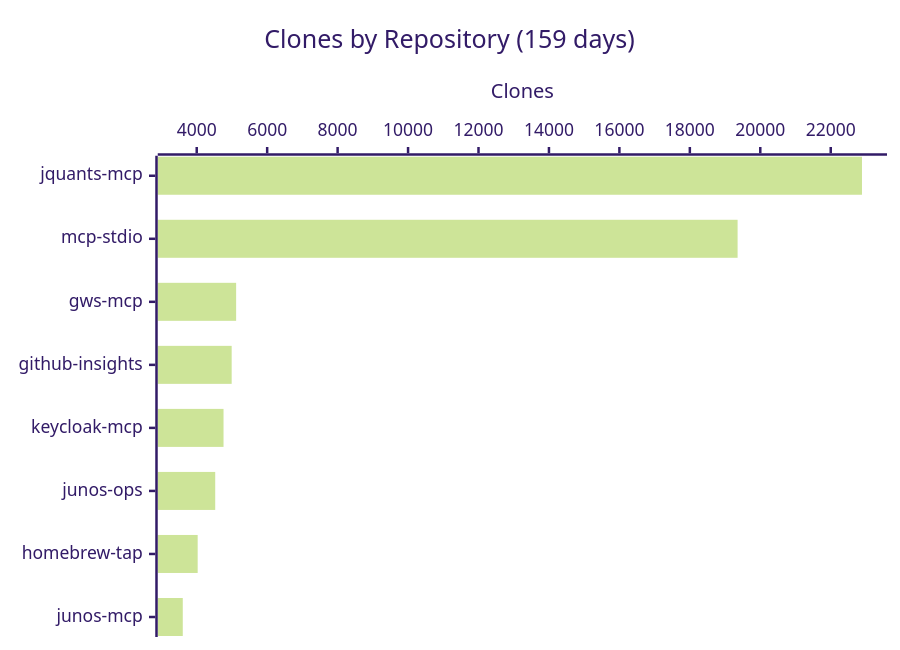
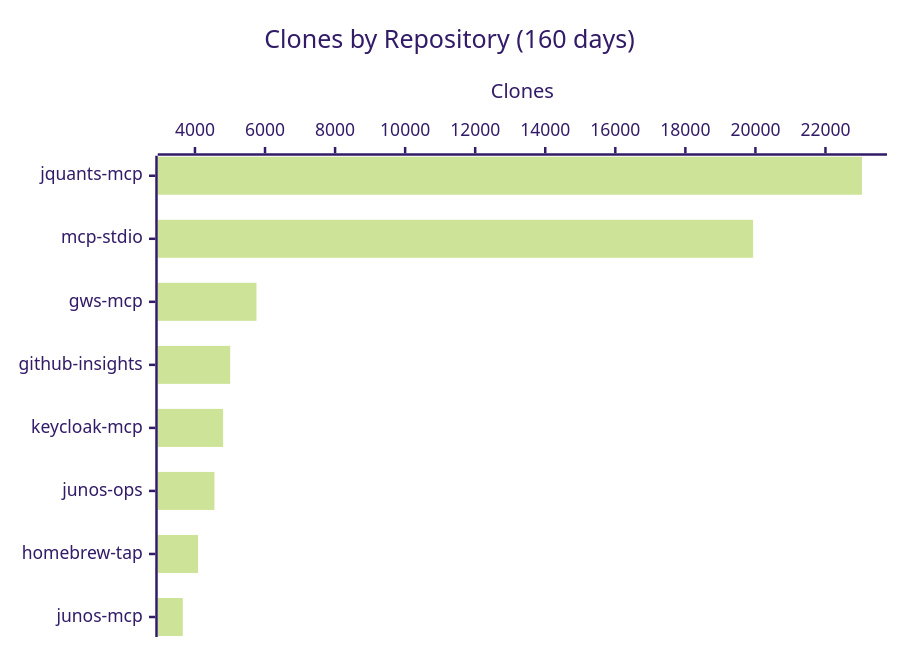
Before and after one commit to shigechika/github-insights: the fourth of 4 diagrams in README.md, drawn with Mermaid (forest theme). The commit also changed other lines of this file and 2 other files, not shown here.

````diff
--- a/README.md
+++ b/README.md
@@ -58,7 +58,7 @@
 ```mermaid
 xychart-beta horizontal
-    title "Clones by Repository (159 days)"
+    title "Clones by Repository (160 days)"
     x-axis ["jquants-mcp", "mcp-stdio", "gws-mcp", "github-insights", "keycloak-mcp", "junos-ops", "homebrew-tap", "junos-mcp"]
     y-axis "Clones"
-    bar [22887, 19356, 5119, 4992, 4761, 4525, 4027, 3604]
+    bar [23042, 19934, 5756, 5006, 4804, 4556, 4088, 3652]
 ```
````
